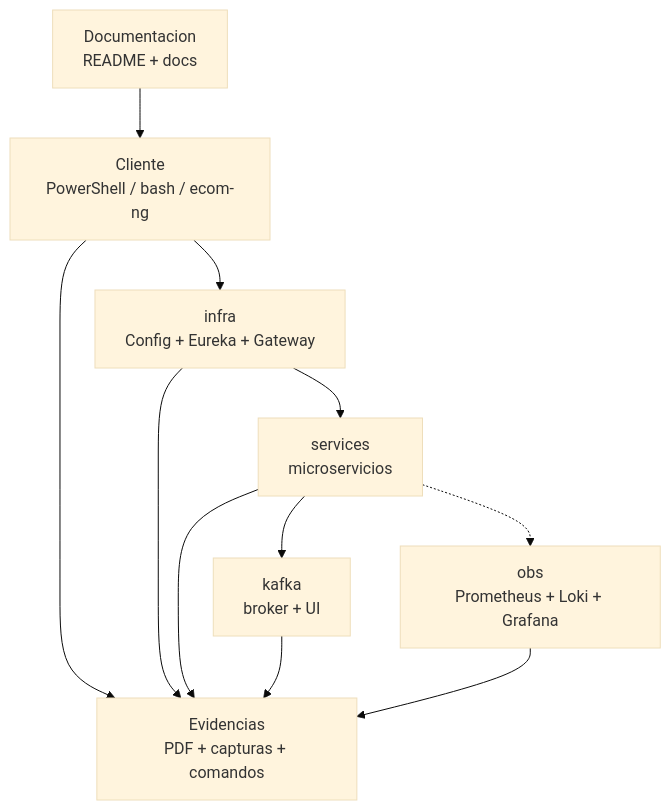
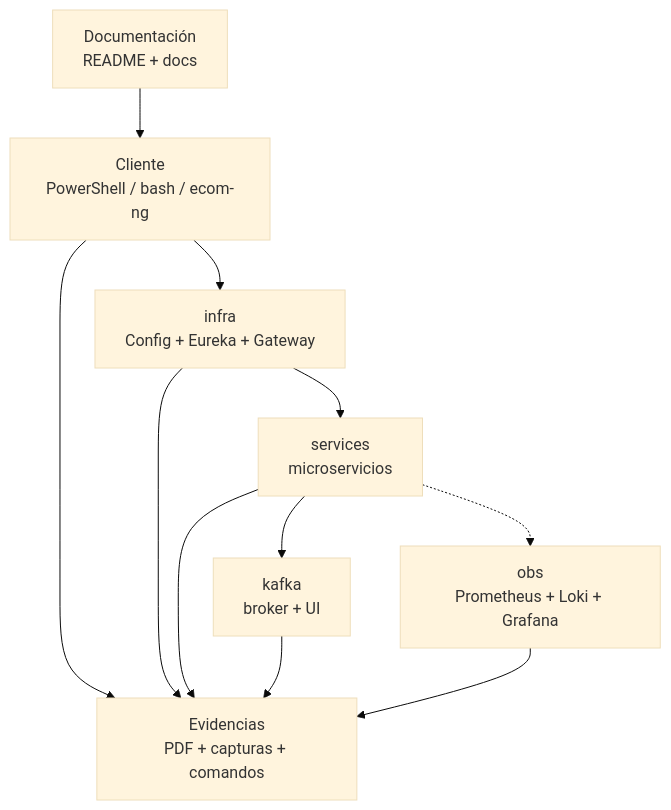
The first of 2 diagrams in docs/sesiones/s14-cierre-tecnico.md (261dist/ecom), drawn with Mermaid (base theme) before and after one commit. The commit also changed other lines of this file and 21 other files, not shown here.

````diff
--- a/docs/sesiones/s14-cierre-tecnico.md
+++ b/docs/sesiones/s14-cierre-tecnico.md
@@ -47,21 +47,21 @@
 ```mermaid
 flowchart TB
-    Doc["Documentacion<br/>README + docs"]
+    Doc["Documentación<br/>README + docs"]
     Cliente["Cliente<br/>PowerShell / bash / ecom-ng"]
     Infra["infra<br/>Config + Eureka + Gateway"]
     Services["services<br/>microservicios"]
     Kafka["kafka<br/>broker + UI"]
     Obs["obs<br/>Prometheus + Loki + Grafana"]
     Evidencias["Evidencias<br/>PDF + capturas + comandos"]
 
     Doc --> Cliente
     Cliente --> Infra
     Infra --> Services
     Services --> Kafka
     Services -.-> Obs
     Cliente --> Evidencias
     Infra --> Evidencias
     Services --> Evidencias
     Kafka --> Evidencias
     Obs --> Evidencias
 ```
````
